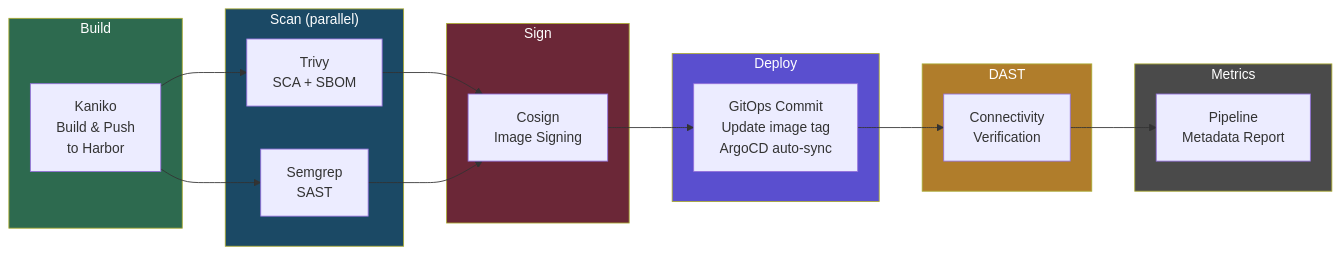
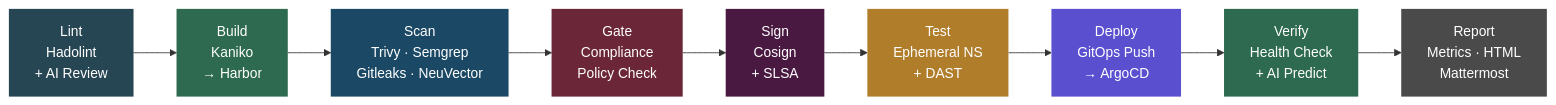
The third of 6 diagrams in README.md (kratos81/production-homelab), drawn with Mermaid before and after one commit. The commit also changed other lines of this file, not shown here.

Commit message:
Redesign architecture diagrams — cleaner, fewer, focused

````diff
--- a/README.md
+++ b/README.md
@@ -262,40 +258,21 @@
 ```mermaid
 flowchart LR
-    subgraph build["Build"]
-        Kaniko["Kaniko<br/>Build & Push<br/>to Harbor"]
-    end
+    A["Lint<br/>Hadolint<br/>+ AI Review"] --> B["Build<br/>Kaniko<br/>→ Harbor"]
+    B --> C["Scan<br/>Trivy · Semgrep<br/>Gitleaks · NeuVector"]
+    C --> D["Gate<br/>Compliance<br/>Policy Check"]
+    D --> E["Sign<br/>Cosign<br/>+ SLSA"]
+    E --> F["Test<br/>Ephemeral NS<br/>+ DAST"]
+    F --> G["Deploy<br/>GitOps Push<br/>→ ArgoCD"]
+    G --> H["Verify<br/>Health Check<br/>+ AI Predict"]
+    H --> I["Report<br/>Metrics · HTML<br/>Mattermost"]
 
-    subgraph scan["Scan (parallel)"]
-        SCA["Trivy<br/>SCA + SBOM"]
-        SAST["Semgrep<br/>SAST"]
-    end
-
-    subgraph sign["Sign"]
-        Cosign["Cosign<br/>Image Signing"]
-    end
-
-    subgraph deploy["Deploy"]
-        GitOps["GitOps Commit<br/>Update image tag<br/>ArgoCD auto-sync"]
-    end
-
-    subgraph dast["DAST"]
-        DAST_Check["Connectivity<br/>Verification"]
-    end
-
-    subgraph metrics["Metrics"]
-        Report["Pipeline<br/>Metadata Report"]
-    end
-
-    Kaniko --> SCA & SAST
-    SCA & SAST --> Cosign
-    Cosign --> GitOps
-    GitOps --> DAST_Check
-    DAST_Check --> Report
-
-    style build fill:#2d6a4f,color:#fff
-    style scan fill:#1b4965,color:#fff
-    style sign fill:#6b2737,color:#fff
-    style deploy fill:#5a4fcf,color:#fff
-    style dast fill:#b07d2b,color:#fff
-    style metrics fill:#4a4a4a,color:#fff
+    style A fill:#264653,color:#fff,stroke:none
+    style B fill:#2d6a4f,color:#fff,stroke:none
+    style C fill:#1b4965,color:#fff,stroke:none
+    style D fill:#6b2737,color:#fff,stroke:none
+    style E fill:#4a1942,color:#fff,stroke:none
+    style F fill:#b07d2b,color:#fff,stroke:none
+    style G fill:#5a4fcf,color:#fff,stroke:none
+    style H fill:#2d6a4f,color:#fff,stroke:none
+    style I fill:#4a4a4a,color:#fff,stroke:none
 ```
````
